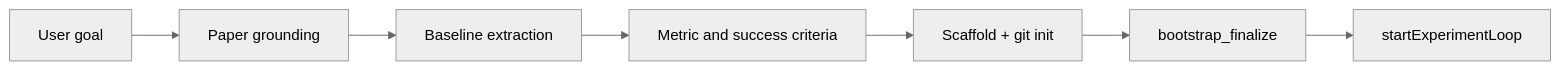
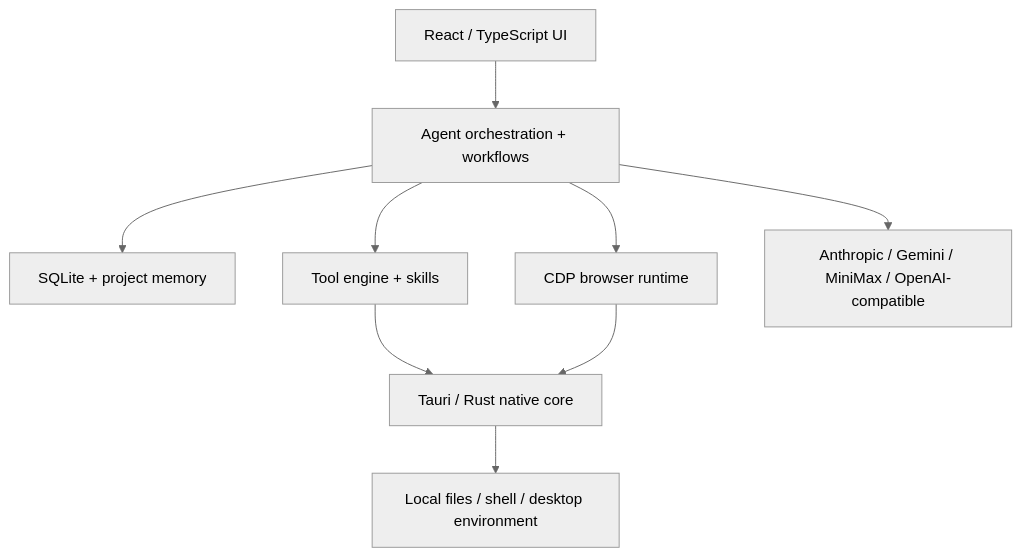
One commit to mammut001/pipi-shrimp-agent changed the diagram in README.md. Above: the diagram before and after it, drawn with Mermaid (neutral theme). The commit also changed other lines of this file, not shown here.

Commit message:
Redesign README as flagship project overview

````diff
--- a/README.md
+++ b/README.md
@@ -151,9 +48,20 @@
 ```mermaid
-flowchart LR
-  A[User goal] --> B[Paper grounding]
-  B --> C[Baseline extraction]
-  C --> D[Metric and success criteria]
-  D --> E[Scaffold + git init]
-  E --> F[bootstrap_finalize]
-  F --> G[startExperimentLoop]
+flowchart TB
+    UI[React / TypeScript UI]
+    Core[Agent orchestration + workflows]
+    Memory[SQLite + project memory]
+    Tools[Tool engine + skills]
+    Browser[CDP browser runtime]
+    LLM[Anthropic / Gemini / MiniMax / OpenAI-compatible]
+    Rust[Tauri / Rust native core]
+    OS[Local files / shell / desktop environment]
+
+    UI --> Core
+    Core --> LLM
+    Core --> Memory
+    Core --> Tools
+    Core --> Browser
+    Tools --> Rust
+    Browser --> Rust
+    Rust --> OS
 ```
````
